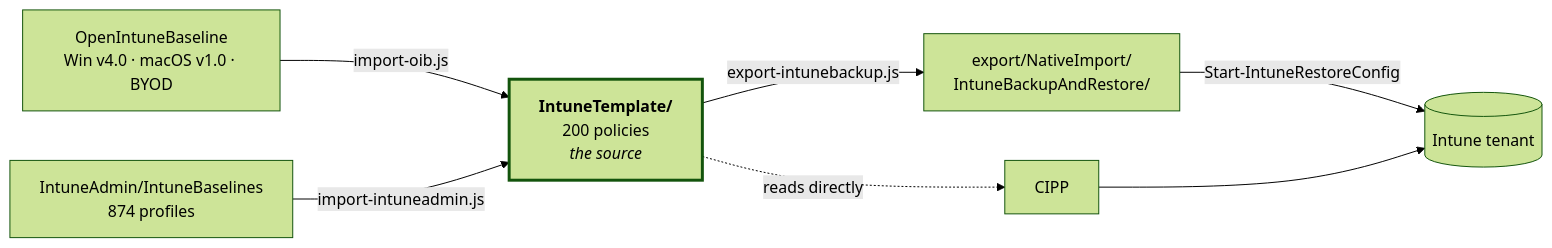
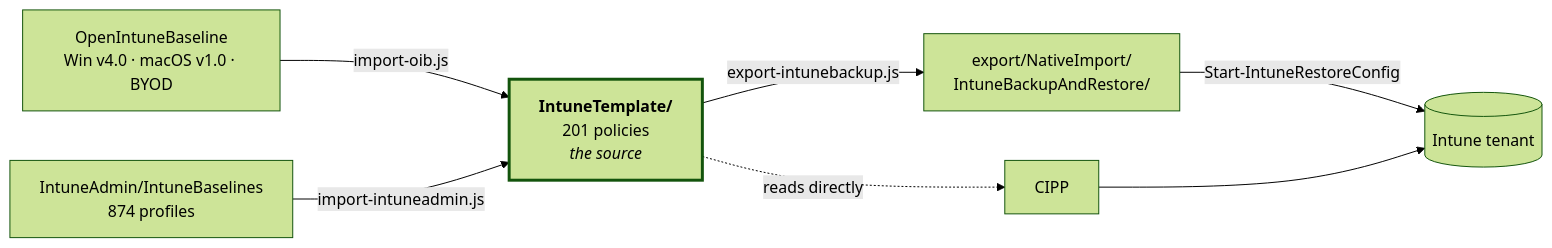
One commit to sjkanon/IntuneBackup changed the diagram in README.en.md. Above: the diagram before and after it, drawn with Mermaid (forest theme). The commit also changed other lines of this file and 22 other files, not shown here.

````diff
--- a/README.en.md
+++ b/README.en.md
@@ -20,17 +20,17 @@
 ```mermaid
 flowchart LR
   OIB["OpenIntuneBaseline<br/>Win v4.0 · macOS v1.0 · BYOD"]
-  T["<b>IntuneTemplate/</b><br/>200 policies<br/><i>the source</i>"]
+  T["<b>IntuneTemplate/</b><br/>201 policies<br/><i>the source</i>"]
   EX["export/NativeImport/<br/>IntuneBackupAndRestore/"]
   TENANT[("Intune tenant")]
 
   OIB -->|import-oib.js| T
   T -->|export-intunebackup.js| EX
   T -.->|reads directly| CIPP[CIPP]
   EX -->|Start-IntuneRestoreConfig| TENANT
   CIPP --> TENANT
 
   IA["IntuneAdmin/IntuneBaselines<br/>874 profiles"] -->|import-intuneadmin.js| T
 
   style T stroke-width:3px
 ```
````
